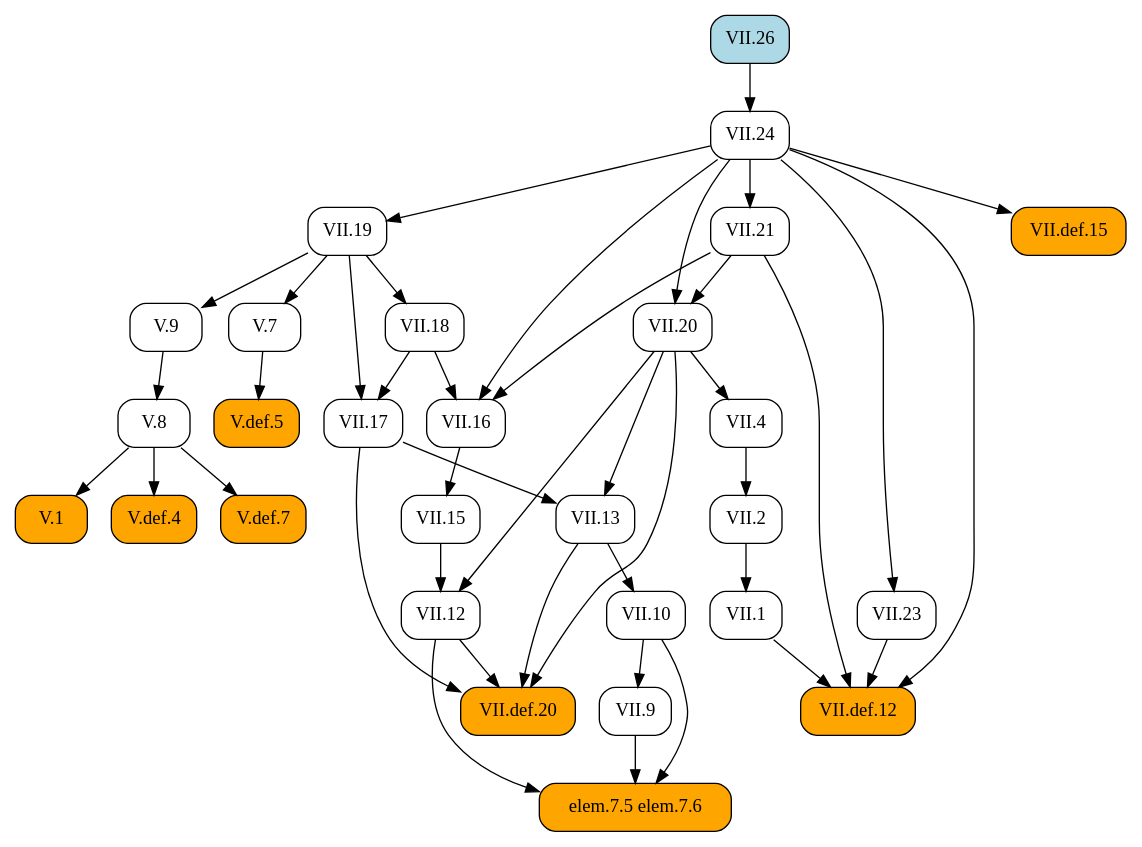
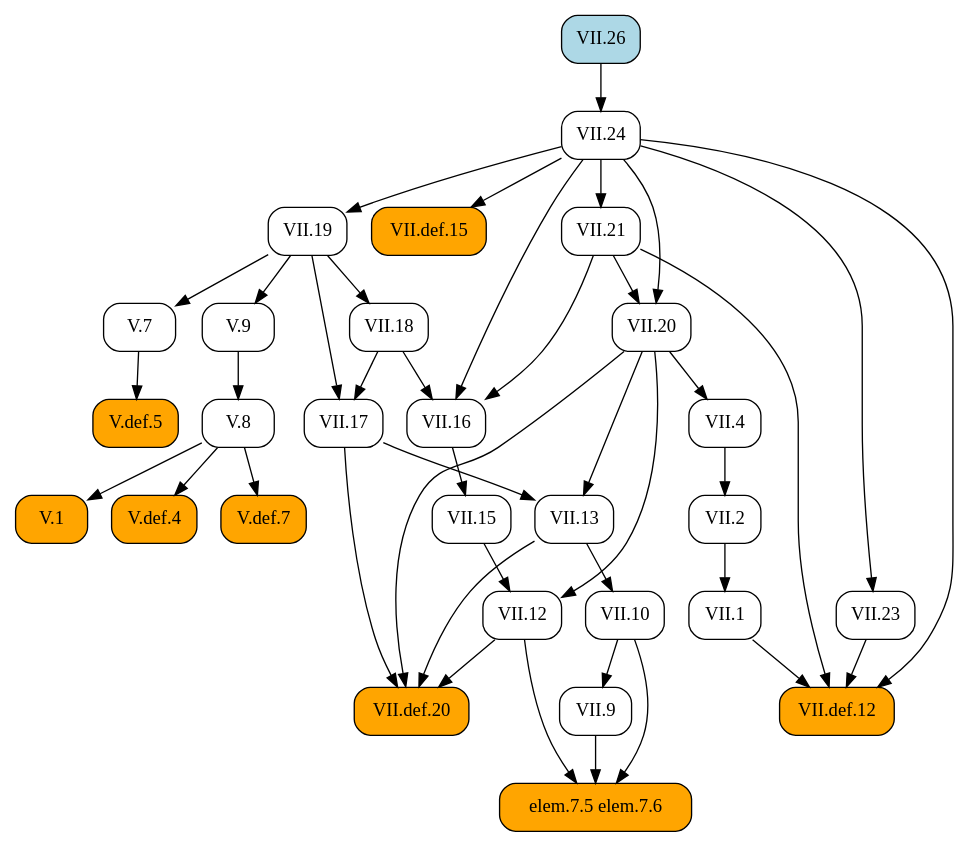
Before and after one commit to geometor/elements: the diagram in docsrc/heath/VII/26/index.rst, drawn with Graphviz. The commit also changed other lines of this file and 1029 other files, not shown here.

```diff
--- a/docsrc/heath/VII/26/index.rst
+++ b/docsrc/heath/VII/26/index.rst
@@ -38,75 +38,75 @@
 .. graphviz::
 
    digraph {
      rankdir="TB";
      node [shape=box, style=rounded];
-     "V.1" [style="rounded,filled", fillcolor=orange, URL="/heath/V/1/", target="_top"];
-     "VII.20" [URL="/heath/VII/20/", target="_top"];
-     "VII.12" [URL="/heath/VII/12/", target="_top"];
-     "VII.9" [URL="/heath/VII/9/", target="_top"];
-     "VII.23" [URL="/heath/VII/23/", target="_top"];
-     "VII.16" [URL="/heath/VII/16/", target="_top"];
-     "VII.13" [URL="/heath/VII/13/", target="_top"];
-     "V.def.4" [style="rounded,filled", fillcolor=orange, URL="/heath/V/def.4/", target="_top"];
-     "VII.def.15" [style="rounded,filled", fillcolor=orange, URL="/heath/VII/def.15/", target="_top"];
-     "VII.18" [URL="/heath/VII/18/", target="_top"];
+     "VII.def.12" [style="rounded,filled", fillcolor=orange, URL="/heath/VII/def.12/", target="_top"];
      "V.8" [URL="/heath/V/8/", target="_top"];
-     "VII.21" [URL="/heath/VII/21/", target="_top"];
-     "VII.24" [URL="/heath/VII/24/", target="_top"];
-     "V.7" [URL="/heath/V/7/", target="_top"];
-     "VII.19" [URL="/heath/VII/19/", target="_top"];
-     "VII.def.12" [style="rounded,filled", fillcolor=orange, URL="/heath/VII/def.12/", target="_top"];
-     "VII.15" [URL="/heath/VII/15/", target="_top"];
-     "VII.4" [URL="/heath/VII/4/", target="_top"];
-     "V.9" [URL="/heath/V/9/", target="_top"];
-     "VII.26" [style="rounded,filled", fillcolor=lightblue, URL="/heath/VII/26/", target="_top"];
-     "VII.2" [URL="/heath/VII/2/", target="_top"];
-     "VII.def.20" [style="rounded,filled", fillcolor=orange, URL="/heath/VII/def.20/", target="_top"];
-     "elem.7.5 elem.7.6" [style="rounded,filled", fillcolor=orange];
      "VII.1" [URL="/heath/VII/1/", target="_top"];
      "VII.10" [URL="/heath/VII/10/", target="_top"];
+     "VII.9" [URL="/heath/VII/9/", target="_top"];
+     "VII.def.15" [style="rounded,filled", fillcolor=orange, URL="/heath/VII/def.15/", target="_top"];
+     "V.def.5" [style="rounded,filled", fillcolor=orange, URL="/heath/V/def.5/", target="_top"];
+     "VII.19" [URL="/heath/VII/19/", target="_top"];
+     "VII.18" [URL="/heath/VII/18/", target="_top"];
+     "VII.16" [URL="/heath/VII/16/", target="_top"];
+     "VII.26" [style="rounded,filled", fillcolor=lightblue, URL="/heath/VII/26/", target="_top"];
+     "VII.4" [URL="/heath/VII/4/", target="_top"];
+     "VII.21" [URL="/heath/VII/21/", target="_top"];
+     "V.1" [style="rounded,filled", fillcolor=orange, URL="/heath/V/1/", target="_top"];
+     "VII.17" [URL="/heath/VII/17/", target="_top"];
+     "elem.7.5 elem.7.6" [style="rounded,filled", fillcolor=orange];
+     "VII.20" [URL="/heath/VII/20/", target="_top"];
+     "VII.15" [URL="/heath/VII/15/", target="_top"];
+     "V.7" [URL="/heath/V/7/", target="_top"];
+     "V.9" [URL="/heath/V/9/", target="_top"];
+     "V.def.4" [style="rounded,filled", fillcolor=orange, URL="/heath/V/def.4/", target="_top"];
+     "VII.13" [URL="/heath/VII/13/", target="_top"];
+     "VII.2" [URL="/heath/VII/2/", target="_top"];
      "V.def.7" [style="rounded,filled", fillcolor=orange, URL="/heath/V/def.7/", target="_top"];
-     "V.def.5" [style="rounded,filled", fillcolor=orange, URL="/heath/V/def.5/", target="_top"];
-     "VII.17" [URL="/heath/VII/17/", target="_top"];
-     "V.8" -> "V.1";
-     "VII.21" -> "VII.20";
-     "VII.24" -> "VII.20";
-     "VII.15" -> "VII.12";
-     "VII.20" -> "VII.12";
-     "VII.10" -> "VII.9";
-     "VII.24" -> "VII.23";
-     "VII.18" -> "VII.16";
-     "VII.21" -> "VII.16";
-     "VII.24" -> "VII.16";
-     "VII.17" -> "VII.13";
-     "VII.20" -> "VII.13";
-     "V.8" -> "V.def.4";
-     "VII.24" -> "VII.def.15";
-     "VII.19" -> "VII.18";
-     "V.9" -> "V.8";
-     "VII.24" -> "VII.21";
-     "VII.26" -> "VII.24";
-     "VII.19" -> "V.7";
-     "VII.24" -> "VII.19";
+     "VII.12" [URL="/heath/VII/12/", target="_top"];
+     "VII.23" [URL="/heath/VII/23/", target="_top"];
+     "VII.24" [URL="/heath/VII/24/", target="_top"];
+     "VII.def.20" [style="rounded,filled", fillcolor=orange, URL="/heath/VII/def.20/", target="_top"];
      "VII.1" -> "VII.def.12";
      "VII.21" -> "VII.def.12";
      "VII.23" -> "VII.def.12";
      "VII.24" -> "VII.def.12";
+     "V.9" -> "V.8";
+     "VII.2" -> "VII.1";
+     "VII.13" -> "VII.10";
+     "VII.10" -> "VII.9";
+     "VII.24" -> "VII.def.15";
+     "V.7" -> "V.def.5";
+     "VII.24" -> "VII.19";
+     "VII.19" -> "VII.18";
+     "VII.18" -> "VII.16";
+     "VII.21" -> "VII.16";
+     "VII.24" -> "VII.16";
+     "VII.20" -> "VII.4";
+     "VII.24" -> "VII.21";
+     "V.8" -> "V.1";
+     "VII.18" -> "VII.17";
+     "VII.19" -> "VII.17";
+     "VII.9" -> "elem.7.5 elem.7.6";
+     "VII.10" -> "elem.7.5 elem.7.6";
+     "VII.12" -> "elem.7.5 elem.7.6";
+     "VII.21" -> "VII.20";
+     "VII.24" -> "VII.20";
      "VII.16" -> "VII.15";
-     "VII.20" -> "VII.4";
+     "VII.19" -> "V.7";
      "VII.19" -> "V.9";
+     "V.8" -> "V.def.4";
+     "VII.17" -> "VII.13";
+     "VII.20" -> "VII.13";
      "VII.4" -> "VII.2";
+     "V.8" -> "V.def.7";
+     "VII.15" -> "VII.12";
+     "VII.20" -> "VII.12";
+     "VII.24" -> "VII.23";
+     "VII.26" -> "VII.24";
      "VII.12" -> "VII.def.20";
      "VII.13" -> "VII.def.20";
      "VII.17" -> "VII.def.20";
      "VII.20" -> "VII.def.20";
-     "VII.9" -> "elem.7.5 elem.7.6";
-     "VII.10" -> "elem.7.5 elem.7.6";
-     "VII.12" -> "elem.7.5 elem.7.6";
-     "VII.2" -> "VII.1";
-     "VII.13" -> "VII.10";
-     "V.8" -> "V.def.7";
-     "V.7" -> "V.def.5";
-     "VII.18" -> "VII.17";
-     "VII.19" -> "VII.17";
    }
```
